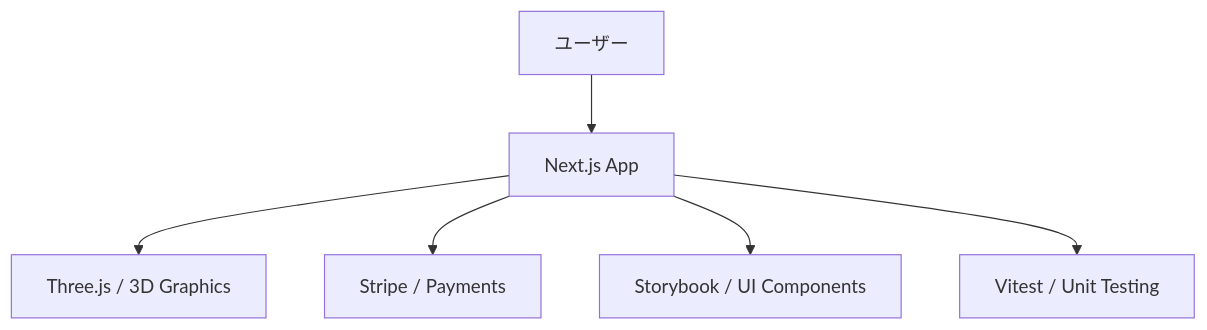
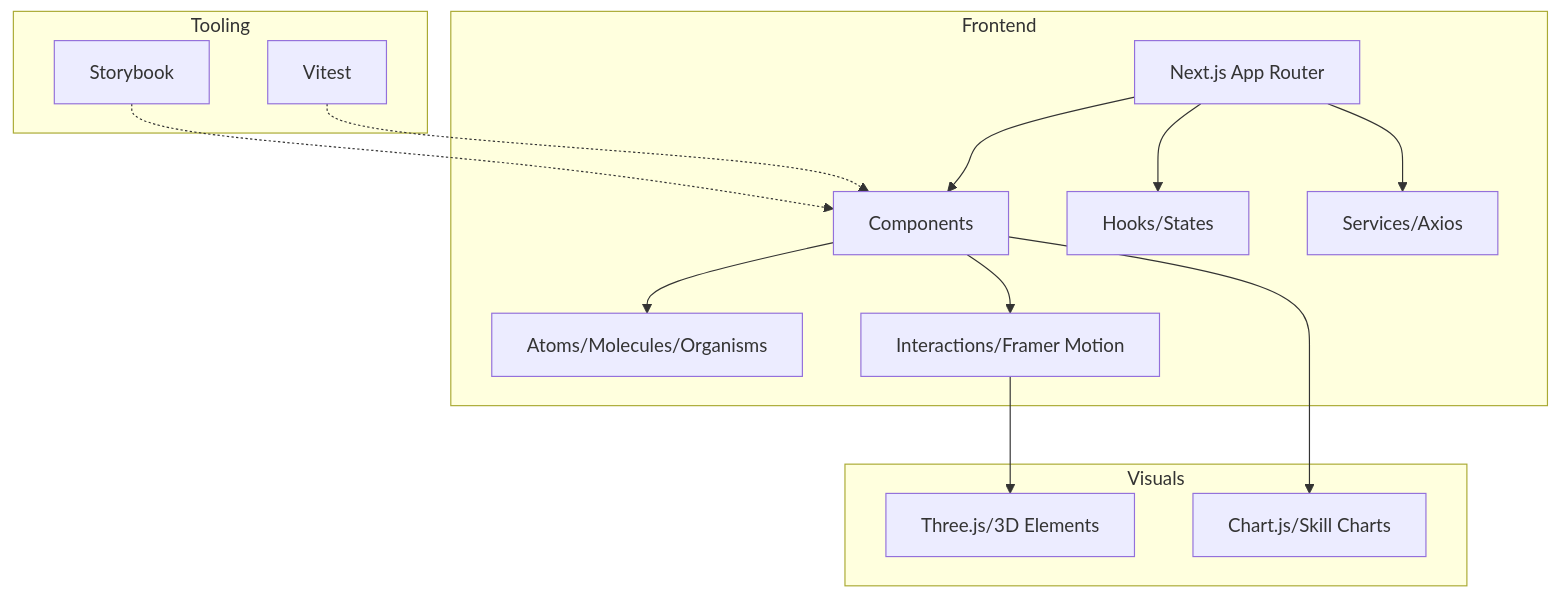
Before and after one commit to isystk/profile.isystk.com: the diagram in README.md, drawn with Mermaid. The commit also changed other lines of this file and 3 other files, not shown here.

````diff
--- a/README.md
+++ b/README.md
@@ -33,8 +36,18 @@
 ```mermaid
 graph TD
-    User[ユーザー] --> NextJS[Next.js App]
-    NextJS --> ThreeJS[Three.js / 3D Graphics]
-    NextJS --> Stripe[Stripe / Payments]
-    NextJS --> Storybook[Storybook / UI Components]
-    NextJS --> Vitest[Vitest / Unit Testing]
+    subgraph Frontend
+        A[Next.js App Router] --> B[Components]
+        B --> C[Atoms/Molecules/Organisms]
+        B --> D[Interactions/Framer Motion]
+        A --> E[Hooks/States]
+        A --> F[Services/Axios]
+    end
+    subgraph Visuals
+        D --> G[Three.js/3D Elements]
+        B --> H[Chart.js/Skill Charts]
+    end
+    subgraph Tooling
+        I[Storybook] -.-> B
+        J[Vitest] -.-> B
+    end
 ```
````
